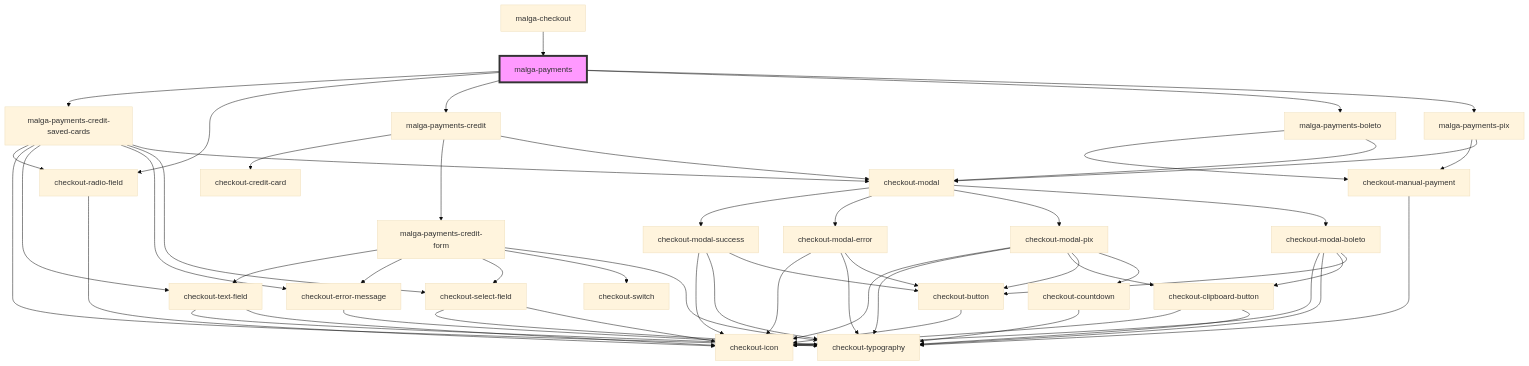
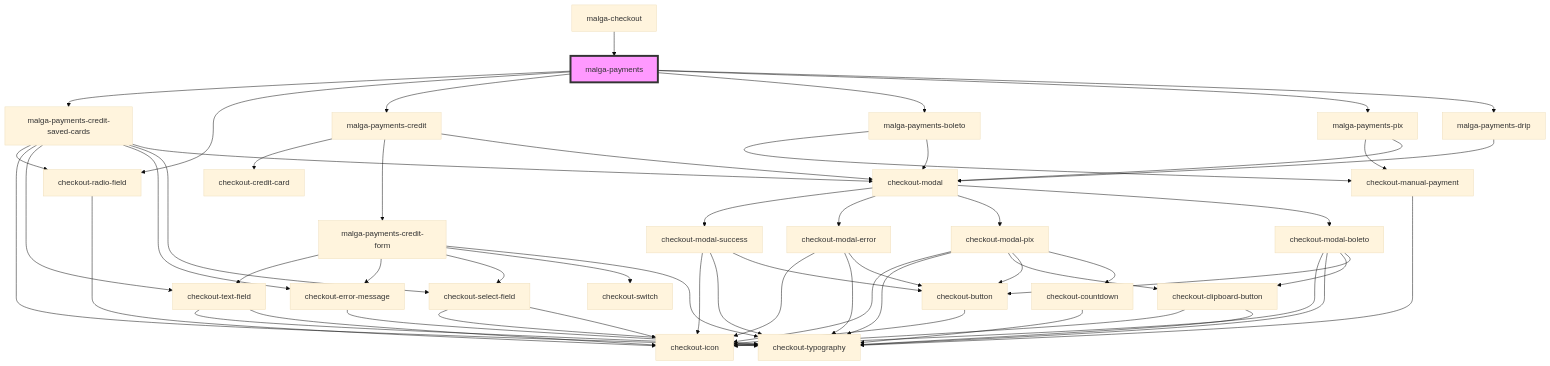
Before and after one commit to plughacker/malga-checkout: the diagram in packages/checkout/core/src/components/malga-payments/readme.md, drawn with Mermaid (base theme). The commit also changed other lines of this file and 23 other files, not shown here.

Commit message:
feat(checkout-sdk): initial structure to support Drip payments

````diff
--- a/packages/checkout/core/src/components/malga-payments/readme.md
+++ b/packages/checkout/core/src/components/malga-payments/readme.md
@@ -35,58 +36,60 @@
 ```mermaid
 graph TD;
   malga-payments --> malga-payments-credit-saved-cards
   malga-payments --> checkout-radio-field
   malga-payments --> malga-payments-credit
   malga-payments --> malga-payments-boleto
   malga-payments --> malga-payments-pix
+  malga-payments --> malga-payments-drip
   malga-payments-credit-saved-cards --> checkout-radio-field
   malga-payments-credit-saved-cards --> checkout-typography
   malga-payments-credit-saved-cards --> checkout-text-field
   malga-payments-credit-saved-cards --> checkout-error-message
   malga-payments-credit-saved-cards --> checkout-select-field
   malga-payments-credit-saved-cards --> checkout-modal
   checkout-radio-field --> checkout-icon
   checkout-text-field --> checkout-typography
   checkout-text-field --> checkout-icon
   checkout-error-message --> checkout-typography
   checkout-select-field --> checkout-typography
   checkout-select-field --> checkout-icon
   checkout-modal --> checkout-modal-success
   checkout-modal --> checkout-modal-error
   checkout-modal --> checkout-modal-pix
   checkout-modal --> checkout-modal-boleto
   checkout-modal-success --> checkout-icon
   checkout-modal-success --> checkout-typography
   checkout-modal-success --> checkout-button
   checkout-button --> checkout-icon
   checkout-modal-error --> checkout-icon
   checkout-modal-error --> checkout-typography
   checkout-modal-error --> checkout-button
   checkout-modal-pix --> checkout-icon
   checkout-modal-pix --> checkout-typography
   checkout-modal-pix --> checkout-clipboard-button
   checkout-modal-pix --> checkout-button
   checkout-modal-pix --> checkout-countdown
   checkout-clipboard-button --> checkout-icon
   checkout-clipboard-button --> checkout-typography
   checkout-countdown --> checkout-typography
   checkout-modal-boleto --> checkout-icon
   checkout-modal-boleto --> checkout-typography
   checkout-modal-boleto --> checkout-clipboard-button
   checkout-modal-boleto --> checkout-button
   malga-payments-credit --> checkout-credit-card
   malga-payments-credit --> malga-payments-credit-form
   malga-payments-credit --> checkout-modal
   malga-payments-credit-form --> checkout-text-field
   malga-payments-credit-form --> checkout-error-message
   malga-payments-credit-form --> checkout-select-field
   malga-payments-credit-form --> checkout-switch
   malga-payments-credit-form --> checkout-typography
   malga-payments-boleto --> checkout-manual-payment
   malga-payments-boleto --> checkout-modal
   checkout-manual-payment --> checkout-typography
   malga-payments-pix --> checkout-manual-payment
   malga-payments-pix --> checkout-modal
+  malga-payments-drip --> checkout-modal
   malga-checkout --> malga-payments
   style malga-payments fill:#f9f,stroke:#333,stroke-width:4px
 ```
````
